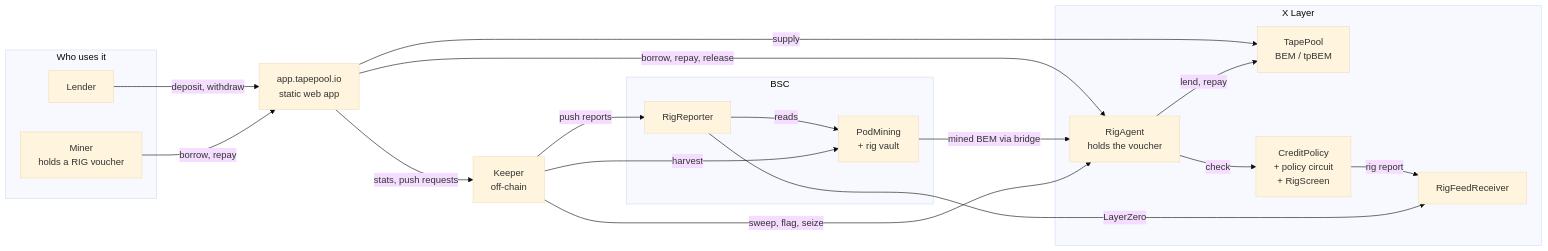
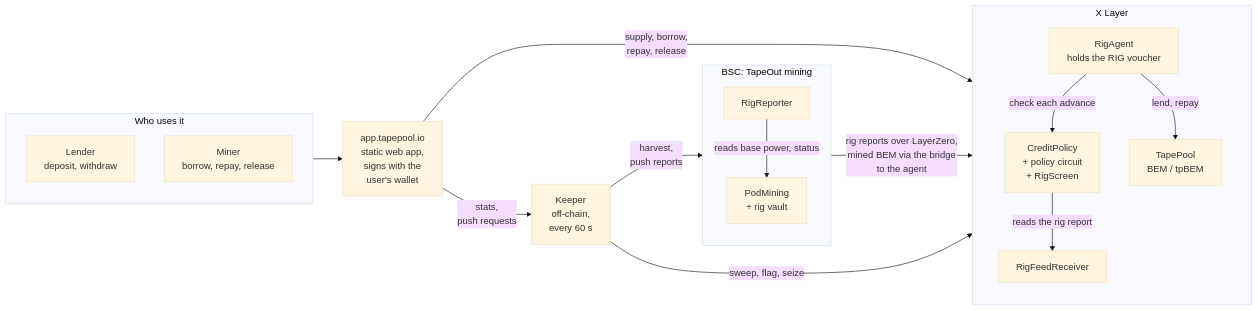
Before and after one commit to TapePool/TapePool-Dapp: the diagram in README.md, drawn with Mermaid (base theme).

Commit message:
docs: lay out the architecture flow in five left-to-right blocks

````diff
--- a/README.md
+++ b/README.md
@@ -91,40 +91,31 @@
 ```mermaid
 flowchart LR
   subgraph users["Who uses it"]
-    lender["Lender"]
-    miner["Miner<br/>holds a RIG voucher"]
+    direction TB
+    lender["Lender<br/>deposit, withdraw"]
+    miner["Miner<br/>borrow, repay, release"]
   end
 
-  app["app.tapepool.io<br/>static web app"]
+  app["app.tapepool.io<br/>static web app,<br/>signs with the<br/>user's wallet"]
+
+  keeper["Keeper<br/>off-chain,<br/>every 60 s"]
+
+  subgraph bsc["BSC: TapeOut mining"]
+    direction TB
+    reporter["RigReporter"] -->|"reads base power, status"| pod["PodMining<br/>+ rig vault"]
+  end
 
   subgraph xl["X Layer"]
-    pool["TapePool<br/>BEM / tpBEM"]
-    agent["RigAgent<br/>holds the voucher"]
-    policy["CreditPolicy<br/>+ policy circuit<br/>+ RigScreen"]
-    receiver["RigFeedReceiver"]
+    direction TB
+    agent["RigAgent<br/>holds the RIG voucher"] -->|"check each advance"| policy["CreditPolicy<br/>+ policy circuit<br/>+ RigScreen"]
+    policy -->|"reads the rig report"| receiver["RigFeedReceiver"]
+    agent -->|"lend, repay"| pool["TapePool<br/>BEM / tpBEM"]
   end
 
-  keeper["Keeper<br/>off-chain"]
-
-  subgraph bsc["BSC"]
-    reporter["RigReporter"]
-    pod["PodMining<br/>+ rig vault"]
-  end
-
-  lender -->|"deposit, withdraw"| app
-  miner -->|"borrow, repay"| app
-  app -->|"supply"| pool
-  app -->|"borrow, repay, release"| agent
-  app -->|"stats, push requests"| keeper
-
-  agent -->|"check"| policy
-  policy -->|"rig report"| receiver
-  agent -->|"lend, repay"| pool
-
-  keeper -->|"push reports"| reporter
-  reporter -->|"reads"| pod
-  reporter -->|"LayerZero"| receiver
-  keeper -->|"harvest"| pod
-  pod -->|"mined BEM via bridge"| agent
-  keeper -->|"sweep, flag, seize"| agent
+  users --> app
+  app -->|"supply, borrow,<br/>repay, release"| xl
+  app -->|"stats,<br/>push requests"| keeper
+  keeper -->|"harvest,<br/>push reports"| bsc
+  bsc -->|"rig reports over LayerZero,<br/>mined BEM via the bridge<br/>to the agent"| xl
+  keeper -->|"sweep, flag, seize"| xl
 ```
````
